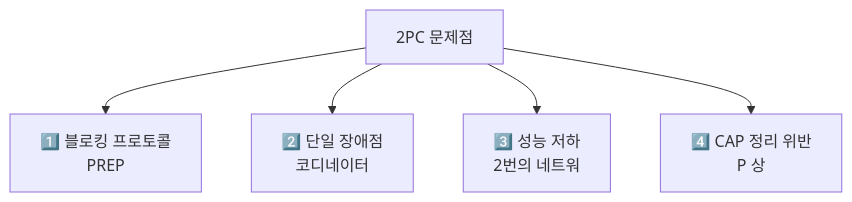
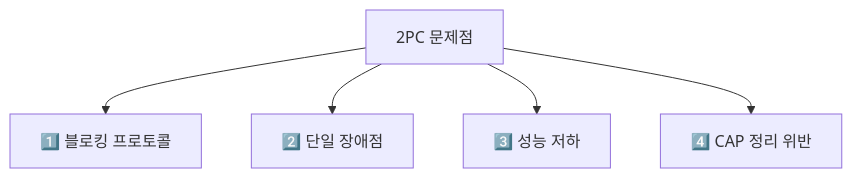
Before and after one commit to yjkim2015/yjkim2015.github.io: the third of 14 diagrams in _posts/architecture/2026-05-02-distributed-transaction-deep.md, drawn with Mermaid. The commit also changed other lines of this file and 217 other files, not shown here.

First line of the commit message:
Mermaid 크기 수정: useMaxWidth:true + SVG max-width:100% + 라벨 축소

````diff
--- a/_posts/architecture/2026-05-02-distributed-transaction-deep.md
+++ b/_posts/architecture/2026-05-02-distributed-transaction-deep.md
@@ -58,8 +58,8 @@
 ```mermaid
 graph TD
     Issues["2PC 문제점"]
-    Issues --> I1["1️⃣ 블로킹 프로토콜\nPREP"]
-    Issues --> I2["2️⃣ 단일 장애점\n코디네이터"]
-    Issues --> I3["3️⃣ 성능 저하\n2번의 네트워"]
-    Issues --> I4["4️⃣ CAP 정리 위반\nP 상"]
+    Issues --> I1["1️⃣ 블로킹 프로토콜"]
+    Issues --> I2["2️⃣ 단일 장애점"]
+    Issues --> I3["3️⃣ 성능 저하"]
+    Issues --> I4["4️⃣ CAP 정리 위반"]
 ```
````
